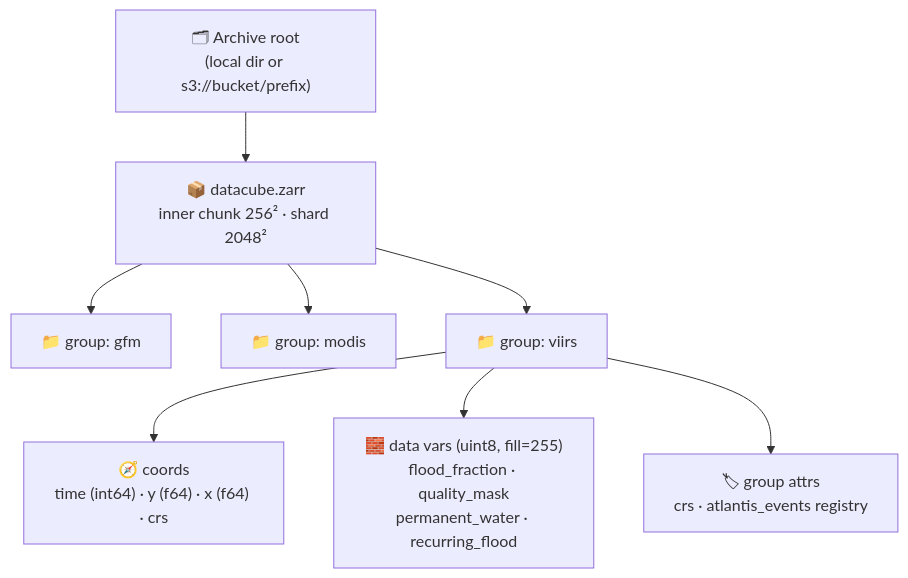
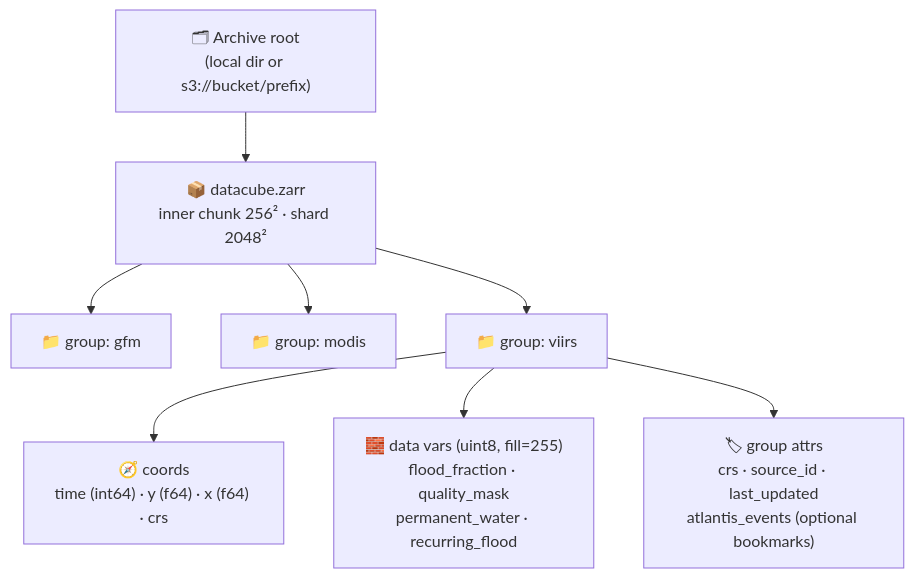
The first of 4 diagrams in docs/archive/zarr-spec.md (opageo/atlantis), drawn with Mermaid before and after one commit. The commit also changed other lines of this file and 5 other files, not shown here.

````diff
--- a/docs/archive/zarr-spec.md
+++ b/docs/archive/zarr-spec.md
@@ -34,14 +34,14 @@
 ```mermaid
 graph TD
     ROOT["🗂 Archive root<br/>(local dir or s3://bucket/prefix)"]
 
     ROOT --> CUBE["📦 datacube.zarr<br/>inner chunk 256² · shard 2048²"]
 
     CUBE --> RG1["📁 group: gfm"]
     CUBE --> RG2["📁 group: modis"]
     CUBE --> RG3["📁 group: viirs"]
 
     RG3 --> COORDS["🧭 coords<br/>time (int64) · y (f64) · x (f64) · crs"]
     RG3 --> VARS["🧱 data vars (uint8, fill=255)<br/>flood_fraction · quality_mask<br/>permanent_water · recurring_flood"]
-    RG3 --> ATTRS["🏷 group attrs<br/>crs · atlantis_events registry"]
+    RG3 --> ATTRS["🏷 group attrs<br/>crs · source_id · last_updated<br/>atlantis_events (optional bookmarks)"]
 ```
````
